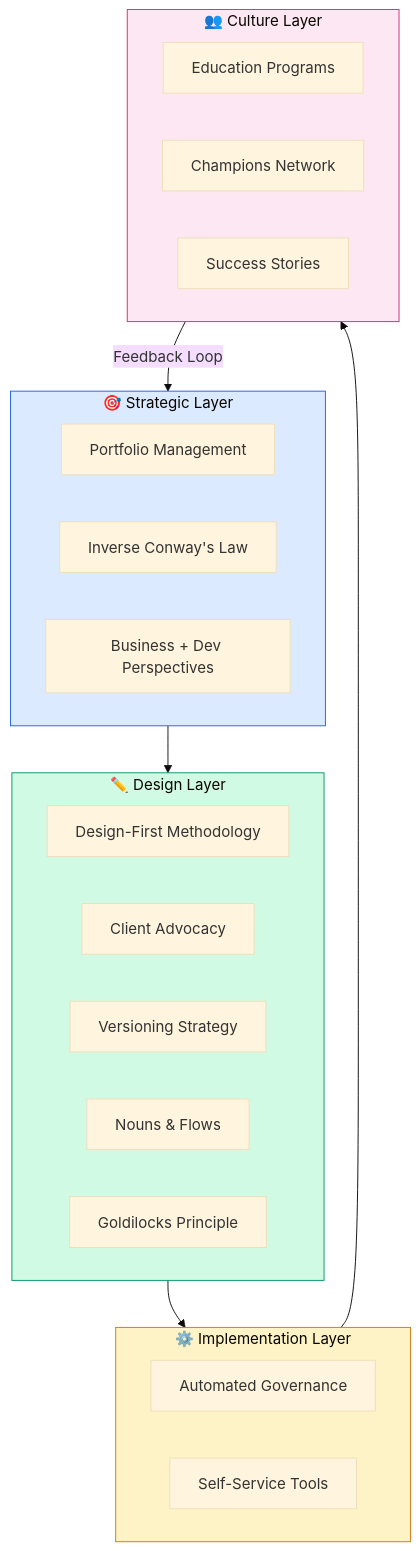
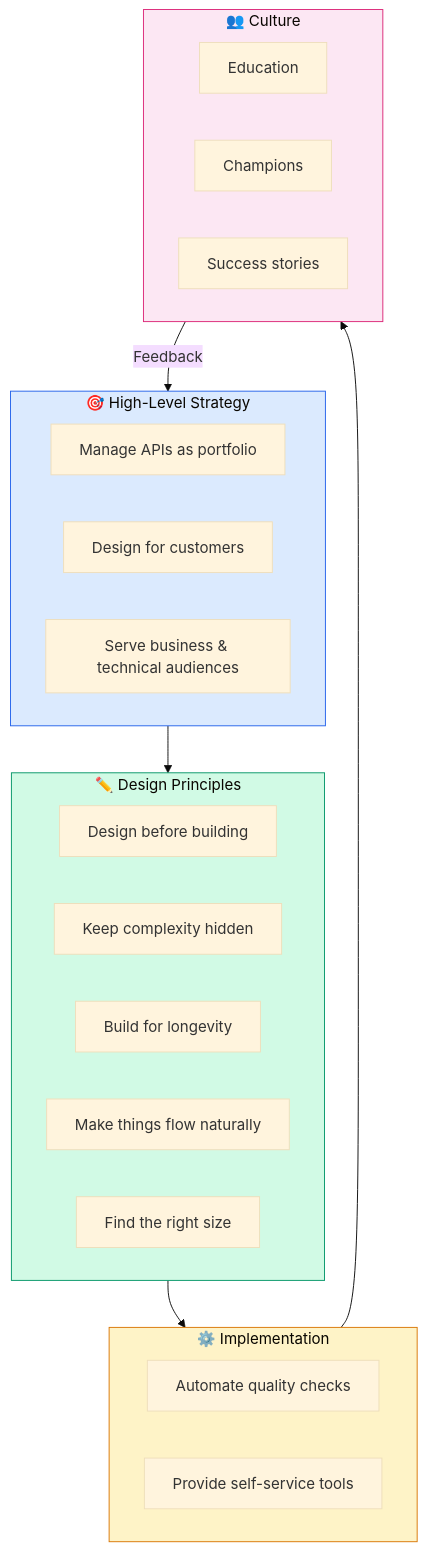
One commit to rilov/handbook changed diagram 15 of 16 in _topics/scaling-api-design-architecture-part-2.md. Above: the diagram before and after it, drawn with Mermaid (base theme). The commit also changed other lines of this file, not shown here.

```diff
--- a/_topics/scaling-api-design-architecture-part-2.md
+++ b/_topics/scaling-api-design-architecture-part-2.md
@@ -1014,37 +889,37 @@
 <div class="mermaid">
 flowchart TB
-    subgraph strategy["🎯 Strategic Layer"]
-        S1["Portfolio Management"]
-        S2["Inverse Conway's Law"]
-        S3["Business + Dev Perspectives"]
+    subgraph strategy["🎯 High-Level Strategy"]
+        S1["Manage APIs as portfolio"]
+        S2["Design for customers"]
+        S3["Serve business & technical audiences"]
     end
     
-    subgraph design["✏️ Design Layer"]
-        D1["Design-First Methodology"]
-        D2["Client Advocacy"]
-        D3["Versioning Strategy"]
-        D4["Nouns & Flows"]
-        D5["Goldilocks Principle"]
+    subgraph design["✏️ Design Principles"]
+        D1["Design before building"]
+        D2["Keep complexity hidden"]
+        D3["Build for longevity"]
+        D4["Make things flow naturally"]
+        D5["Find the right size"]
     end
     
-    subgraph implementation["⚙️ Implementation Layer"]
-        I1["Automated Governance"]
-        I2["Self-Service Tools"]
+    subgraph implementation["⚙️ Implementation"]
+        I1["Automate quality checks"]
+        I2["Provide self-service tools"]
     end
     
-    subgraph culture["👥 Culture Layer"]
-        C1["Education Programs"]
-        C2["Champions Network"]
-        C3["Success Stories"]
+    subgraph culture["👥 Culture"]
+        C1["Education"]
+        C2["Champions"]
+        C3["Success stories"]
     end
     
     strategy --> design
     design --> implementation
     implementation --> culture
-    culture --> |"Feedback Loop"| strategy
+    culture --> |"Feedback"| strategy
     
     style strategy fill:#dbeafe,stroke:#2563eb
     style design fill:#d1fae5,stroke:#059669
     style implementation fill:#fef3c7,stroke:#d97706
     style culture fill:#fce7f3,stroke:#db2777
 </div>
```
